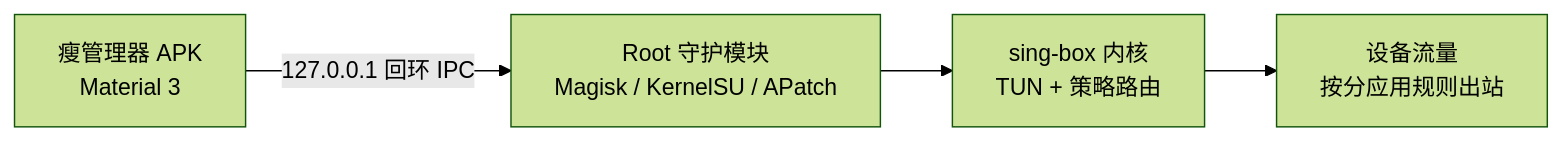
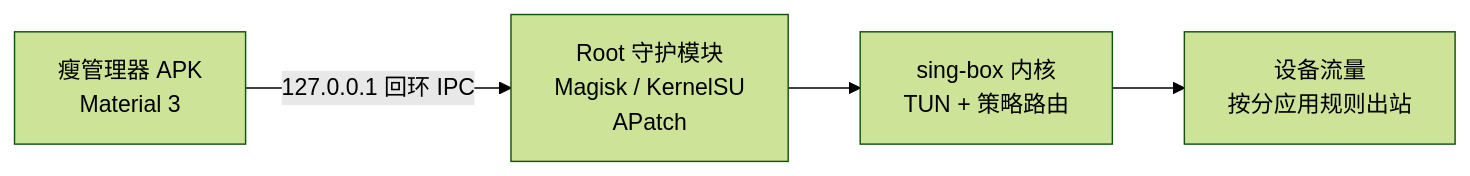
The diagram in README.md (Wuwan94/wanBoxForAndroid), drawn with Mermaid (forest theme) before and after one commit.

Commit message:
docs: 收窄架构图节点文本，避开容器缩放按钮遮挡

````diff
--- a/README.md
+++ b/README.md
@@ -81,6 +81,6 @@
 ```mermaid
 flowchart LR
-    M["瘦管理器 APK<br/>Material 3"] -->|"127.0.0.1 回环 IPC"| G["Root 守护模块<br/>Magisk / KernelSU / APatch"]
+    M["瘦管理器 APK<br/>Material 3"] -->|"127.0.0.1 回环 IPC"| G["Root 守护模块<br/>Magisk / KernelSU<br/>APatch"]
     G --> K["sing-box 内核<br/>TUN + 策略路由"]
     K --> N["设备流量<br/>按分应用规则出站"]
 ```
````
